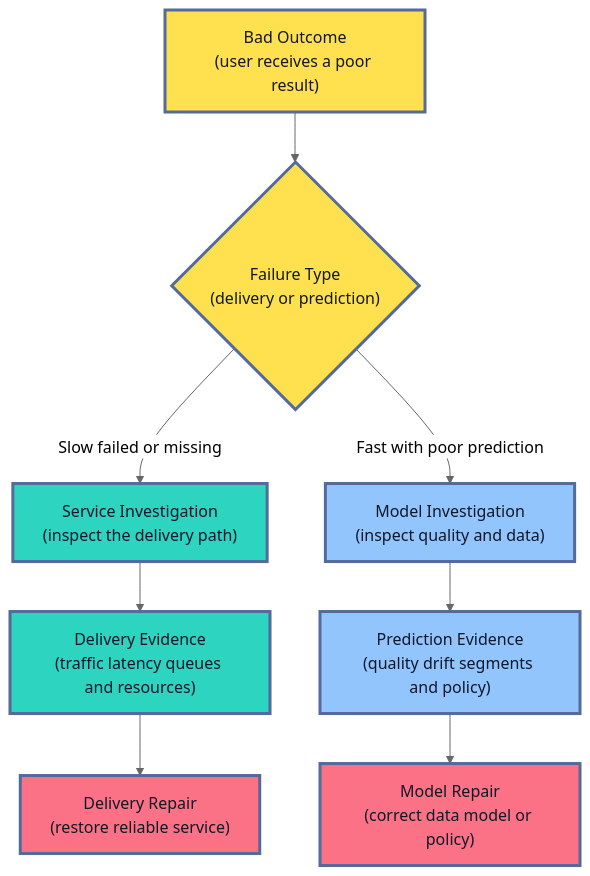
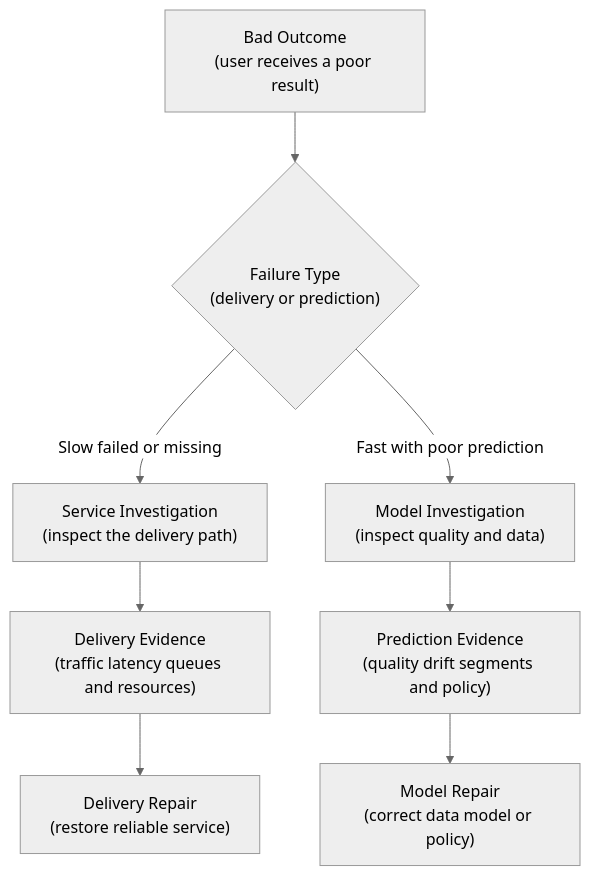
Before and after one commit to senlinyy/dev-roadmaps: the second of 11 diagrams in roadmaps/mlops/modules/monitoring-and-feedback/system-observability/01-monitoring-latency-errors-resources.md, drawn with Mermaid (neutral theme). The commit also changed other lines of this file and 152 other files, not shown here.

Commit message:
feat: mlops and diagrams updated

````diff
--- a/roadmaps/mlops/modules/monitoring-and-feedback/system-observability/01-monitoring-latency-errors-resources.md
+++ b/roadmaps/mlops/modules/monitoring-and-feedback/system-observability/01-monitoring-latency-errors-resources.md
@@ -86,19 +83,15 @@
 ```mermaid
 flowchart TD
     A["Bad Outcome<br/>(user receives a poor result)"] --> B{"Failure Type<br/>(delivery or prediction)"}
     B -->|"Slow failed or missing"| C["Service Investigation<br/>(inspect the delivery path)"]
     B -->|"Fast with poor prediction"| D["Model Investigation<br/>(inspect quality and data)"]
     C --> E["Delivery Evidence<br/>(traffic latency queues and resources)"]
     D --> F["Prediction Evidence<br/>(quality drift segments and policy)"]
     E --> G["Delivery Repair<br/>(restore reliable service)"]
     F --> H["Model Repair<br/>(correct data model or policy)"]
 
-    classDef question fill:#FFE04F,stroke:#536A9A,stroke-width:3px,color:#111827
-    classDef service fill:#2DD4BF,stroke:#536A9A,stroke-width:3px,color:#0F172A
-    classDef model fill:#93C5FD,stroke:#536A9A,stroke-width:3px,color:#0F172A
-    classDef action fill:#FB7185,stroke:#536A9A,stroke-width:3px,color:#111827
     class A,B question
     class C,E service
     class D,F model
     class G,H action
 ```
````
